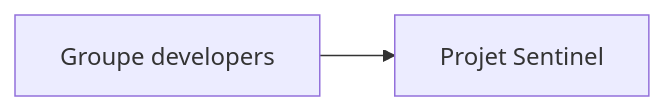
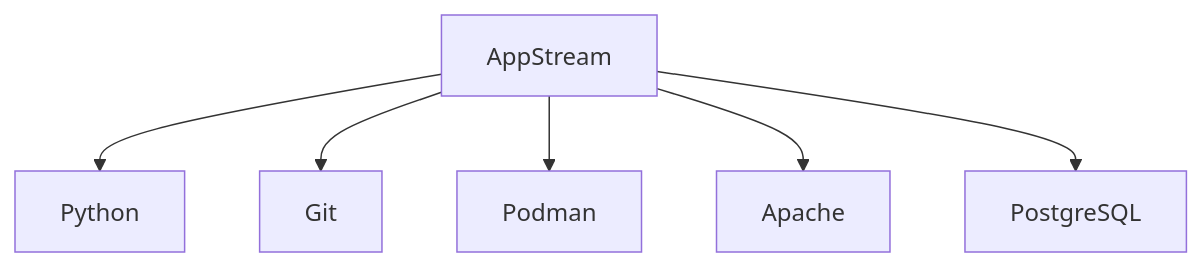
The seventh of 20 diagrams in campagne 1/1.5.md (tdelaclos/formations), drawn with Mermaid before and after one commit. The commit also changed other lines of this file, not shown here.

````diff
--- a/campagne 1/1.5.md
+++ b/campagne 1/1.5.md
@@ -629,9 +407,15 @@
 ```mermaid
-flowchart LR
+flowchart TD
 
-A["Groupe developers"]
+A["AppStream"]
 
-B["Projet Sentinel"]
+A --> B["Python"]
 
-A --> B
+A --> C["Git"]
+
+A --> D["Podman"]
+
+A --> E["Apache"]
+
+A --> F["PostgreSQL"]
 ```
````
